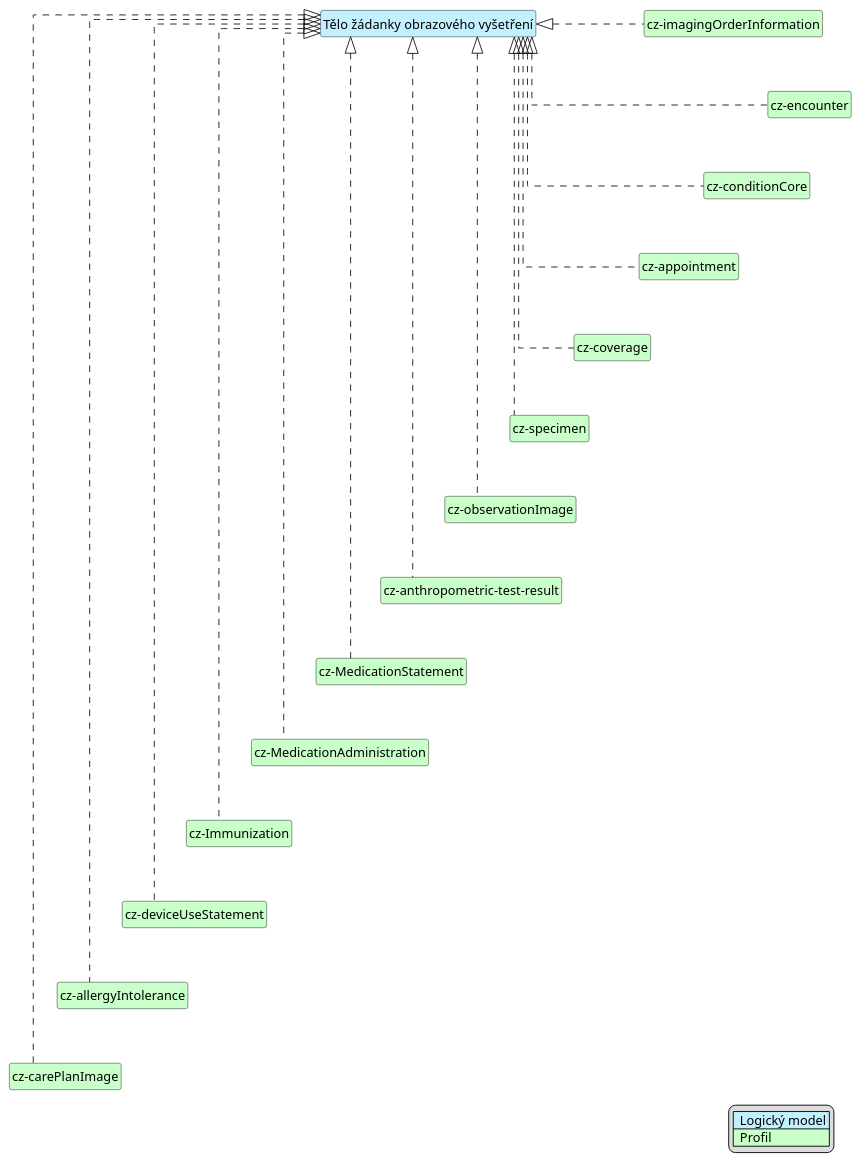
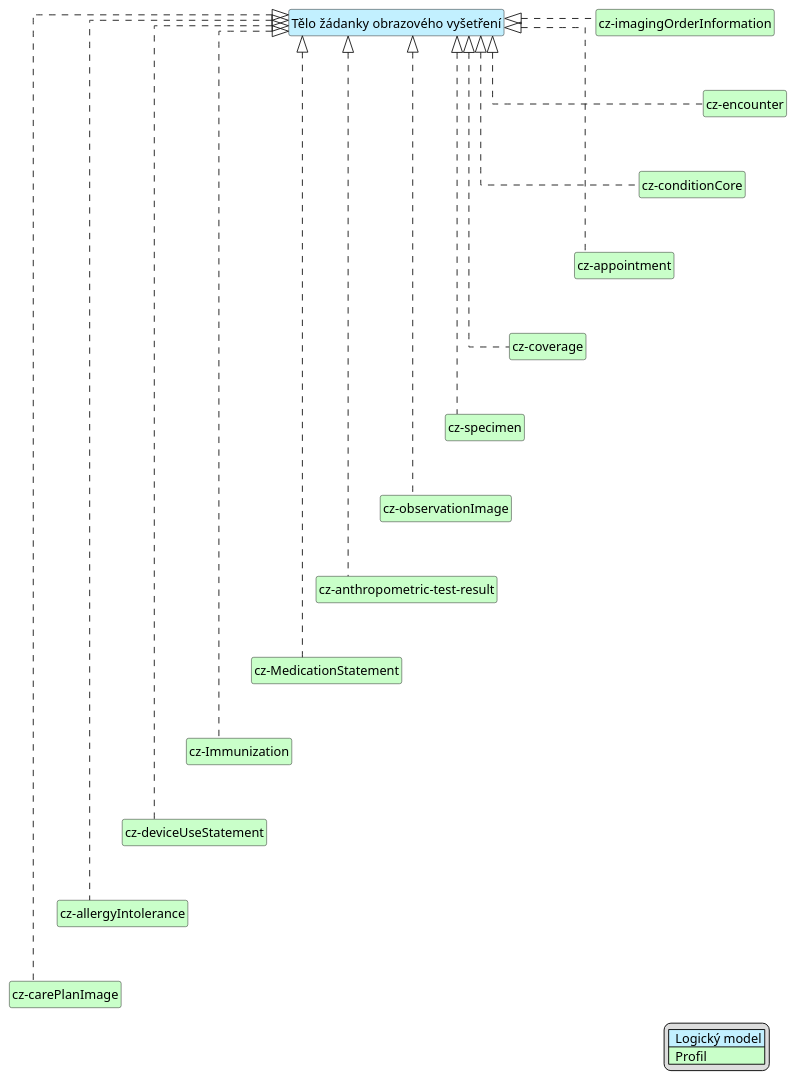
The diagram in input/images-source/imgOrderBody-map-cs.plantuml (HL7-cz/img-order), drawn with PlantUML before and after one commit. The commit also changed 28 other files, not shown here.

```diff
--- a/input/images-source/imgOrderBody-map-cs.plantuml
+++ b/input/images-source/imgOrderBody-map-cs.plantuml
@@ -1,61 +1,58 @@
 @startuml
 hide circle
 hide stereotype
 hide members
 hide methods
 skinparam linetype ortho
 skinparam class {
 BackgroundColor<<LogicalModel>> #APPLICATION
 BackgroundColor<<Profile>> #TECHNOLOGY
 }
 legend right
 | <#APPLICATION>  Logický model |
 | <#TECHNOLOGY>  Profil |
 endlegend
 class "Tělo žádanky obrazového vyšetření" <<LogicalModel>> [[StructureDefinition-BodyImageOrderCz.html]]
 
 class "cz-imagingOrderInformation" <<Profile>> [[StructureDefinition-cz-imagingOrderInformation.html]]
 class "cz-conditionCore" <<Profile>> [[https://hl7.cz/fhir/core/StructureDefinition-condition-cz-core.html]]
 class "cz-encounter" <<Profile>> [[https://hl7.cz/fhir/core/StructureDefinition-cz-encounter.html]]
 class "cz-coverage" <<Profile>> [[https://hl7.cz/fhir/core/StructureDefinition-cz-coverage.html]]
 class "cz-appointment" <<Profile>> [[https://hl7.cz/fhir/core/StructureDefinition-appointment-cz-core.html]]
 class "cz-specimen" <<Profile>> [[https://hl7.cz/fhir/core/StructureDefinition-cz-specimen.html]]
 class "cz-observationImage" <<Profile>> [[StructureDefinition-cz-observationImage.html]]
 class "cz-anthropometric-test-result" <<Profile>> [[StructureDefinition-cz-anthropometric-test-result.html]]
 class "cz-MedicationStatement" <<Profile>> [[https://hl7.cz/fhir/core/StructureDefinition-medicationStatement-cz-core.html]]
-class "cz-MedicationAdministration" <<Profile>> [[https://hl7.cz/fhir/core/StructureDefinition-MedicationAdministration-cz-core.html]]
 class "cz-Immunization" <<Profile>> [[https://hl7.cz/fhir/core/StructureDefinition-immunization-cz-core.html]]
 class "cz-deviceUseStatement" <<Profile>> [[StructureDefinition-cz-deviceUseStatement.html]]
 class "cz-allergyIntolerance" <<Profile>> [[https://hl7.cz/fhir/core/StructureDefinition-allergyIntolerance-cz-core.html]]
 class "cz-carePlanImage" <<Profile>> [[https://hl7.cz/fhir/core/StructureDefinition-carePlan-cz-core.html]]
 
 "Tělo žádanky obrazového vyšetření" <|. "cz-imagingOrderInformation"
 "Tělo žádanky obrazového vyšetření" <|. "cz-appointment"
 "Tělo žádanky obrazového vyšetření" <|. "cz-coverage"
 "Tělo žádanky obrazového vyšetření" <|. "cz-conditionCore"
 "Tělo žádanky obrazového vyšetření" <|. "cz-encounter"
 "Tělo žádanky obrazového vyšetření" <|. "cz-specimen"
 "Tělo žádanky obrazového vyšetření" <|. "cz-observationImage"
 "Tělo žádanky obrazového vyšetření" <|. "cz-anthropometric-test-result"
 "Tělo žádanky obrazového vyšetření" <|. "cz-MedicationStatement"
-"Tělo žádanky obrazového vyšetření" <|. "cz-MedicationAdministration"
 "Tělo žádanky obrazového vyšetření" <|. "cz-Immunization"
 "Tělo žádanky obrazového vyšetření" <|. "cz-deviceUseStatement"
 "Tělo žádanky obrazového vyšetření" <|. "cz-allergyIntolerance"
 "Tělo žádanky obrazového vyšetření" <|. "cz-carePlanImage"
 
 "cz-imagingOrderInformation" -d[hidden]-> "cz-encounter"
 "cz-encounter" -d[hidden]-> "cz-conditionCore"
 "cz-conditionCore" -d[hidden]-> "cz-appointment"
 "cz-appointment" -d[hidden]-> "cz-coverage"
 "cz-coverage" -d[hidden]-> "cz-specimen"
 "cz-specimen" -d[hidden]-> "cz-observationImage"
 "cz-observationImage" -d[hidden]-> "cz-anthropometric-test-result"
 "cz-anthropometric-test-result" -d[hidden]-> "cz-MedicationStatement"
-"cz-MedicationStatement" -d[hidden]-> "cz-MedicationAdministration"
-"cz-MedicationAdministration" -d[hidden]-> "cz-Immunization"
+"cz-MedicationStatement" -d[hidden]-> "cz-Immunization"
 "cz-Immunization" -d[hidden]-> "cz-deviceUseStatement"
 "cz-deviceUseStatement" -d[hidden]-> "cz-allergyIntolerance"
 "cz-allergyIntolerance" -d[hidden]-> "cz-carePlanImage"
 
 @enduml
```
